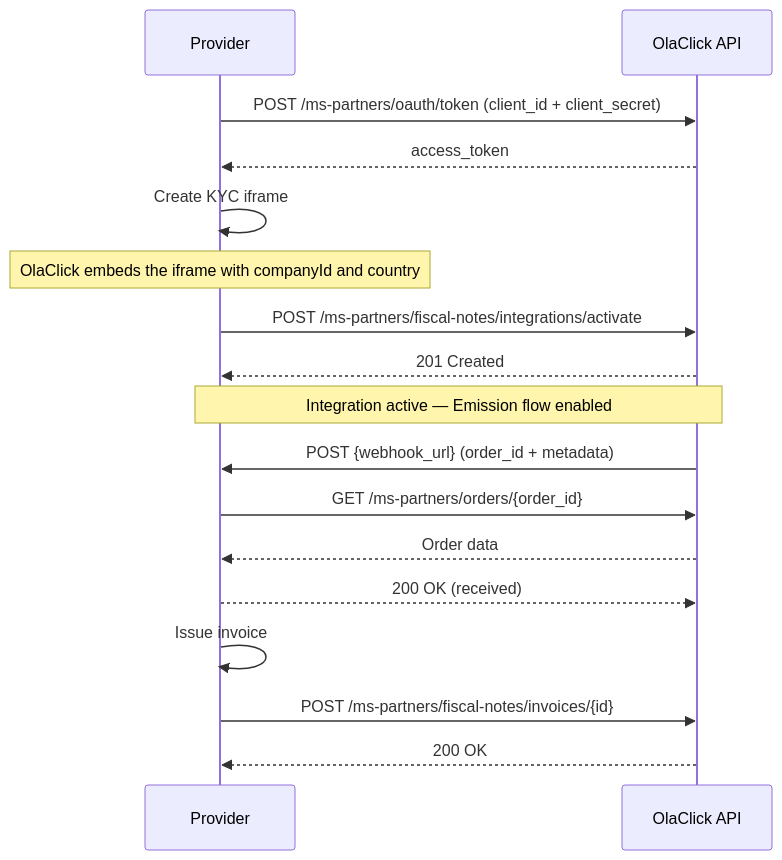
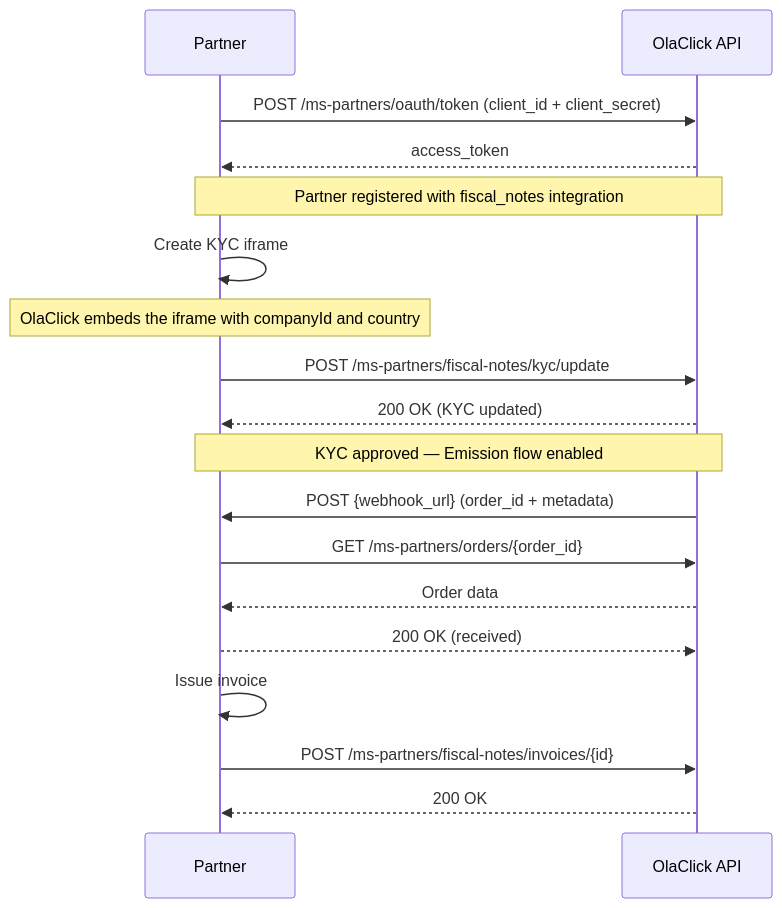
The diagram in docs/intro.md (estefanno18/olaclick-partners-landing-page), drawn with Mermaid before and after one commit. The commit also changed other lines of this file and 8 other files, not shown here.

Commit message:
refactor: restructure docs - separate partner onboarding from fiscal notes flow

````diff
--- a/docs/intro.md
+++ b/docs/intro.md
@@ -15,26 +15,28 @@
 ```mermaid
 sequenceDiagram
-    participant Provider as Provider
+    participant Partner as Partner
     participant OlaClick as OlaClick API
 
-    Provider->>OlaClick: POST /ms-partners/oauth/token (client_id + client_secret)
-    OlaClick-->>Provider: access_token
+    Partner->>OlaClick: POST /ms-partners/oauth/token (client_id + client_secret)
+    OlaClick-->>Partner: access_token
 
-    Provider->>Provider: Create KYC iframe
-    Note over Provider: OlaClick embeds the iframe with companyId and country
+    Note over Partner,OlaClick: Partner registered with fiscal_notes integration
 
-    Provider->>OlaClick: POST /ms-partners/fiscal-notes/integrations/activate
-    OlaClick-->>Provider: 201 Created
+    Partner->>Partner: Create KYC iframe
+    Note over Partner: OlaClick embeds the iframe with companyId and country
 
-    Note over Provider,OlaClick: Integration active — Emission flow enabled
+    Partner->>OlaClick: POST /ms-partners/fiscal-notes/kyc/update
+    OlaClick-->>Partner: 200 OK (KYC updated)
 
-    OlaClick->>Provider: POST {webhook_url} (order_id + metadata)
-    Provider->>OlaClick: GET /ms-partners/orders/{order_id}
-    OlaClick-->>Provider: Order data
-    Provider-->>OlaClick: 200 OK (received)
+    Note over Partner,OlaClick: KYC approved — Emission flow enabled
 
-    Provider->>Provider: Issue invoice
+    OlaClick->>Partner: POST {webhook_url} (order_id + metadata)
+    Partner->>OlaClick: GET /ms-partners/orders/{order_id}
+    OlaClick-->>Partner: Order data
+    Partner-->>OlaClick: 200 OK (received)
 
-    Provider->>OlaClick: POST /ms-partners/fiscal-notes/invoices/{id}
-    OlaClick-->>Provider: 200 OK
+    Partner->>Partner: Issue invoice
+
+    Partner->>OlaClick: POST /ms-partners/fiscal-notes/invoices/{id}
+    OlaClick-->>Partner: 200 OK
 ```
````
